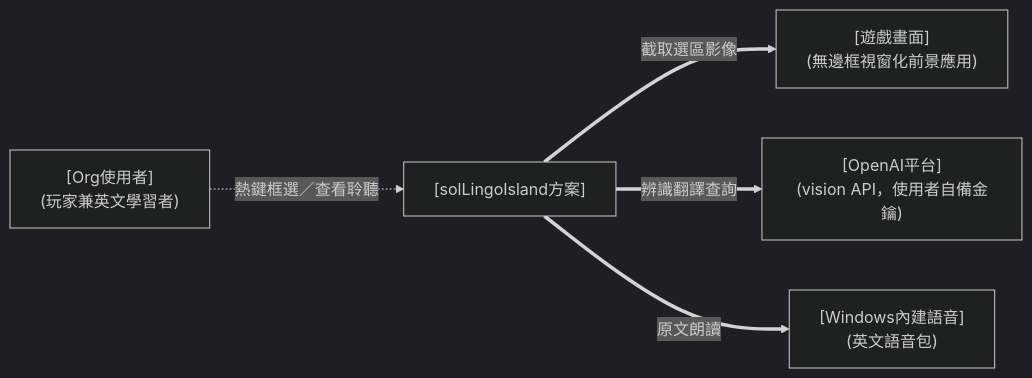
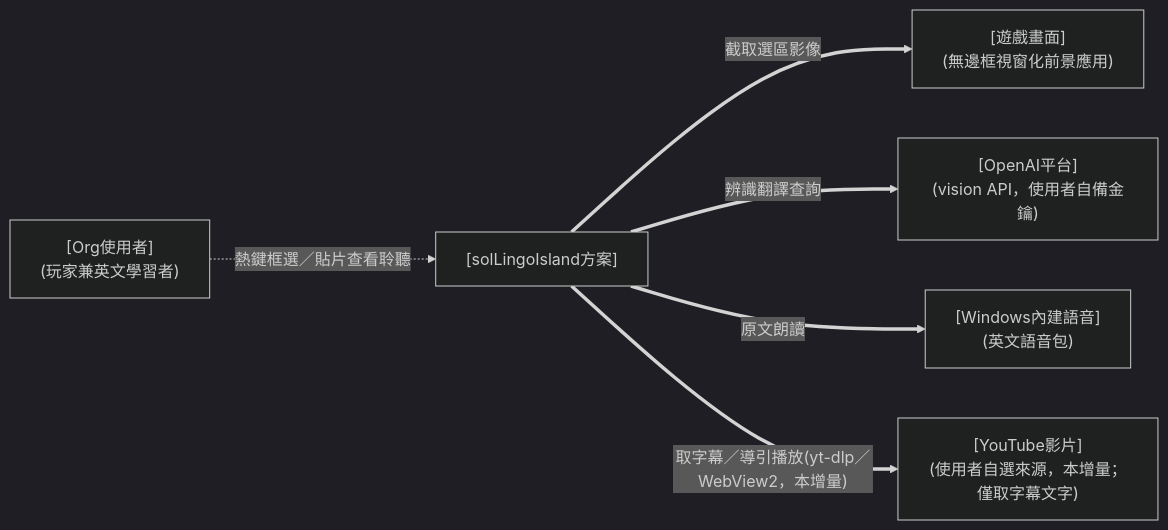
One commit to twStellerWhale-Ocean2/solLingoIsland changed the first of 6 diagrams in docs/design.md. Above: the diagram before and after it, drawn with Mermaid (dark theme). The commit also changed other lines of this file and 4 other files, not shown here.

````diff
--- a/docs/design.md
+++ b/docs/design.md
@@ -30,14 +31,16 @@
 ```mermaid
 flowchart LR
 
 USR["[Org使用者]<br/>(玩家兼英文學習者)"]
 GAME["[遊戲畫面]<br/>(無邊框視窗化前景應用)"]
 SOL["[solLingoIsland方案]"]
 OPENAI["[OpenAI平台]<br/>(vision API，使用者自備金鑰)"]
 SPEECH["[Windows內建語音]<br/>(英文語音包)"]
+YT["[YouTube影片]<br/>(使用者自選來源，本增量；僅取字幕文字)"]
 
-USR -.->|"熱鍵框選／查看聆聽"| SOL
+USR -.->|"熱鍵框選／貼片查看聆聽"| SOL
 SOL ==>|"截取選區影像"| GAME
 SOL ==>|"辨識翻譯查詢"| OPENAI
 SOL ==>|"原文朗讀"| SPEECH
+SOL ==>|"取字幕／導引播放(yt-dlp／WebView2，本增量)"| YT
 ```
````
